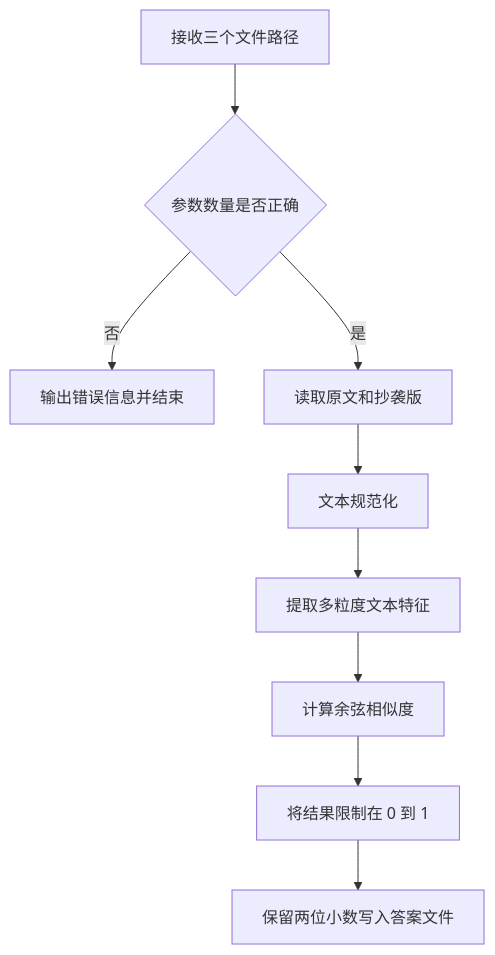
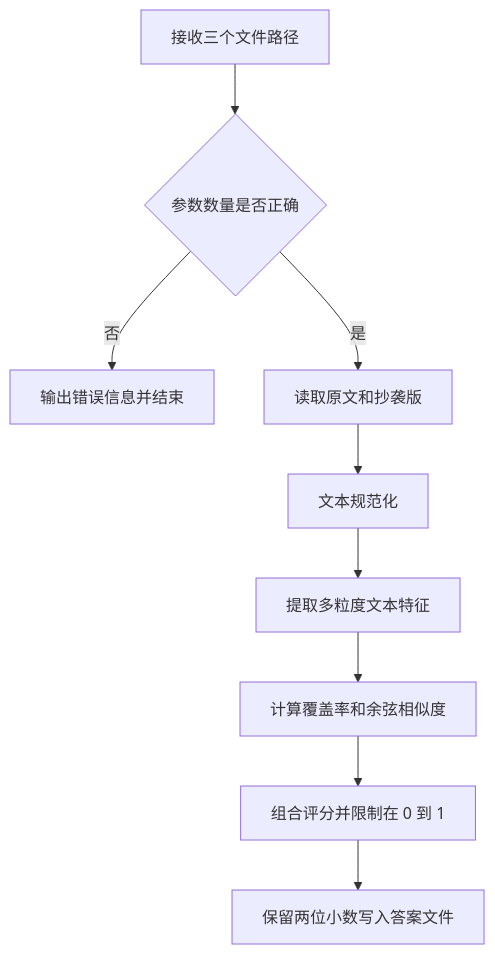
Before and after one commit to reminderxxx/3124004132: the diagram in 3124004132/DESIGN.md, drawn with Mermaid. The commit also changed other lines of this file and 4 other files, not shown here.

````diff
--- a/3124004132/DESIGN.md
+++ b/3124004132/DESIGN.md
@@ -57,11 +59,11 @@
 ```mermaid
 flowchart TD
     A[接收三个文件路径] --> B{参数数量是否正确}
     B -- 否 --> C[输出错误信息并结束]
     B -- 是 --> D[读取原文和抄袭版]
     D --> E[文本规范化]
     E --> F[提取多粒度文本特征]
-    F --> G[计算余弦相似度]
-    G --> H[将结果限制在 0 到 1]
+    F --> G[计算覆盖率和余弦相似度]
+    G --> H[组合评分并限制在 0 到 1]
     H --> I[保留两位小数写入答案文件]
 ```
````
